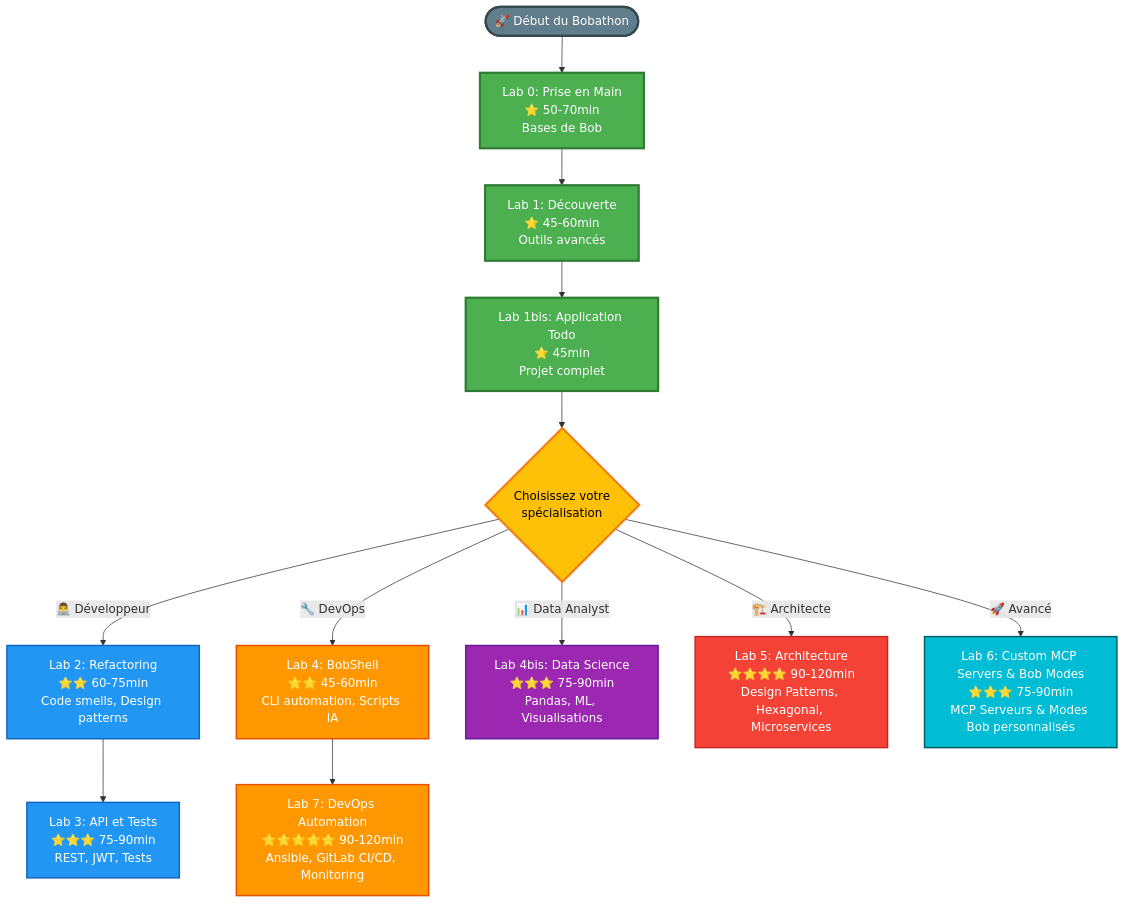
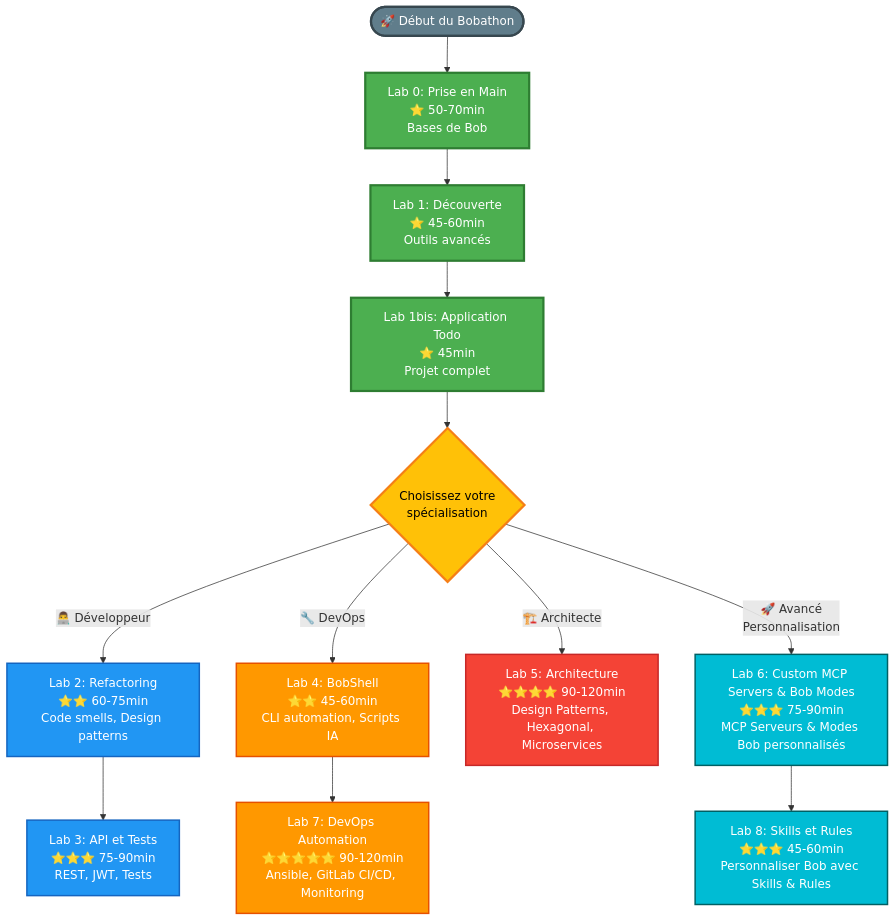
One commit to IBM-BOB-FR/GHBObAthonFR changed the diagram in README.md. Above: the diagram before and after it, drawn with Mermaid. The commit also changed other lines of this file and 30 other files, not shown here.

````diff
--- a/README.md
+++ b/README.md
@@ -52,47 +52,44 @@
 ```mermaid
 flowchart TD
     Start([🚀 Début du Bobathon])
     
     %% Tronc Commun
     Start --> Lab0[Lab 0: Prise en Main<br/>⭐ 50-70min<br/>Bases de Bob]
     Lab0 --> Lab1[Lab 1: Découverte<br/>⭐ 45-60min<br/>Outils avancés]
     Lab1 --> Lab1bis[Lab 1bis: Application Todo<br/>⭐ 45min<br/>Projet complet]
     
     Lab1bis --> Choice{Choisissez votre<br/>spécialisation}
     
     %% Parcours Développeur
     Choice -->|👨‍💻 Développeur| Lab2[Lab 2: Refactoring<br/>⭐⭐ 60-75min<br/>Code smells, Design patterns]
     Lab2 --> Lab3[Lab 3: API et Tests<br/>⭐⭐⭐ 75-90min<br/>REST, JWT, Tests]
     
     %% Parcours DevOps
     Choice -->|🔧 DevOps| Lab4[Lab 4: BobShell<br/>⭐⭐ 45-60min<br/>CLI automation, Scripts IA]
     Lab4 --> Lab7[Lab 7: DevOps Automation<br/>⭐⭐⭐⭐⭐ 90-120min<br/>Ansible, GitLab CI/CD, Monitoring]
     
-    %% Parcours Data Analyst
-    Choice -->|📊 Data Analyst| Lab4bis[Lab 4bis: Data Science<br/>⭐⭐⭐ 75-90min<br/>Pandas, ML, Visualisations]
-    
     %% Parcours Architecte
     Choice -->|🏗️ Architecte| Lab5[Lab 5: Architecture<br/>⭐⭐⭐⭐ 90-120min<br/>Design Patterns, Hexagonal, Microservices]
     
-    %% Parcours Avancé
-    Choice -->|🚀 Avancé| Lab6[Lab 6: Custom MCP Servers & Bob Modes<br/>⭐⭐⭐ 75-90min<br/>MCP Serveurs & Modes Bob personnalisés]
+    %% Parcours Avancé - Personnalisation
+    Choice -->|🚀 Avancé<br/>Personnalisation| Lab6[Lab 6: Custom MCP Servers & Bob Modes<br/>⭐⭐⭐ 75-90min<br/>MCP Serveurs & Modes Bob personnalisés]
+    Lab6 --> Lab8[Lab 8: Skills et Rules<br/>⭐⭐⭐ 45-60min<br/>Personnaliser Bob avec Skills & Rules]
     
     %% Styles
     classDef troncCommun fill:#4CAF50,stroke:#2E7D32,stroke-width:3px,color:#fff
     classDef developpeur fill:#2196F3,stroke:#1565C0,stroke-width:2px,color:#fff
     classDef devops fill:#FF9800,stroke:#E65100,stroke-width:2px,color:#fff
-    classDef data fill:#9C27B0,stroke:#6A1B9A,stroke-width:2px,color:#fff
     classDef architecte fill:#F44336,stroke:#C62828,stroke-width:2px,color:#fff
     classDef avance fill:#00BCD4,stroke:#006064,stroke-width:2px,color:#fff
+    classDef personnalisation fill:#9C27B0,stroke:#6A1B9A,stroke-width:2px,color:#fff
     classDef decision fill:#FFC107,stroke:#F57F17,stroke-width:3px,color:#000
     classDef milestone fill:#607D8B,stroke:#37474F,stroke-width:3px,color:#fff
     
     class Lab0,Lab1,Lab1bis troncCommun
     class Lab2,Lab3 developpeur
     class Lab4,Lab7 devops
-    class Lab4bis data
     class Lab5 architecte
-    class Lab6 avance
+    class Lab6,Lab8 avance
     class Choice decision
     class Start,End milestone
 ```
````
